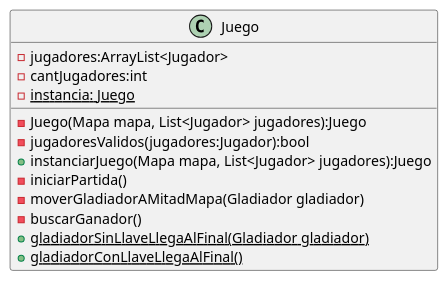
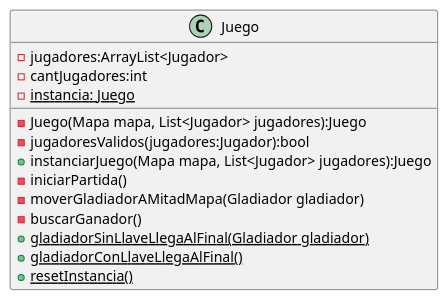
Before and after one commit to mcumskov/Algo3_tp2: the diagram in diagrams/clases/clase_juego.plantuml, drawn with PlantUML. The commit also changed 5 other files, not shown here.

Commit message:
actualizo diagramas de clases

```diff
--- a/diagrams/clases/clase_juego.plantuml
+++ b/diagrams/clases/clase_juego.plantuml
@@ -1,16 +1,17 @@
 @startuml
 class Juego {
     - jugadores:ArrayList<Jugador>
     - cantJugadores:int
     - {static}instancia: Juego
     - Juego(Mapa mapa, List<Jugador> jugadores):Juego
     - jugadoresValidos(jugadores:Jugador):bool
     + instanciarJuego(Mapa mapa, List<Jugador> jugadores):Juego
     - iniciarPartida()
     - moverGladiadorAMitadMapa(Gladiador gladiador)
     - buscarGanador()
     + {static}gladiadorSinLlaveLlegaAlFinal(Gladiador gladiador)
     + {static} gladiadorConLlaveLlegaAlFinal()
+    + {static} resetInstancia()
 
 }
 @enduml
```
